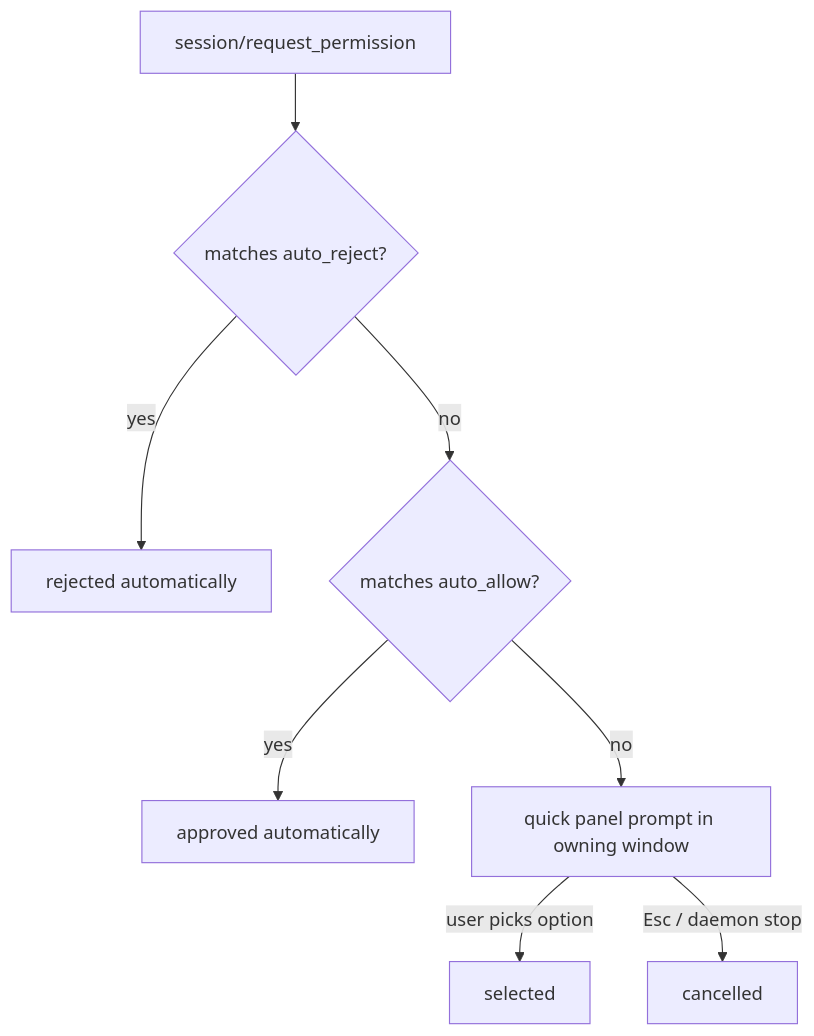
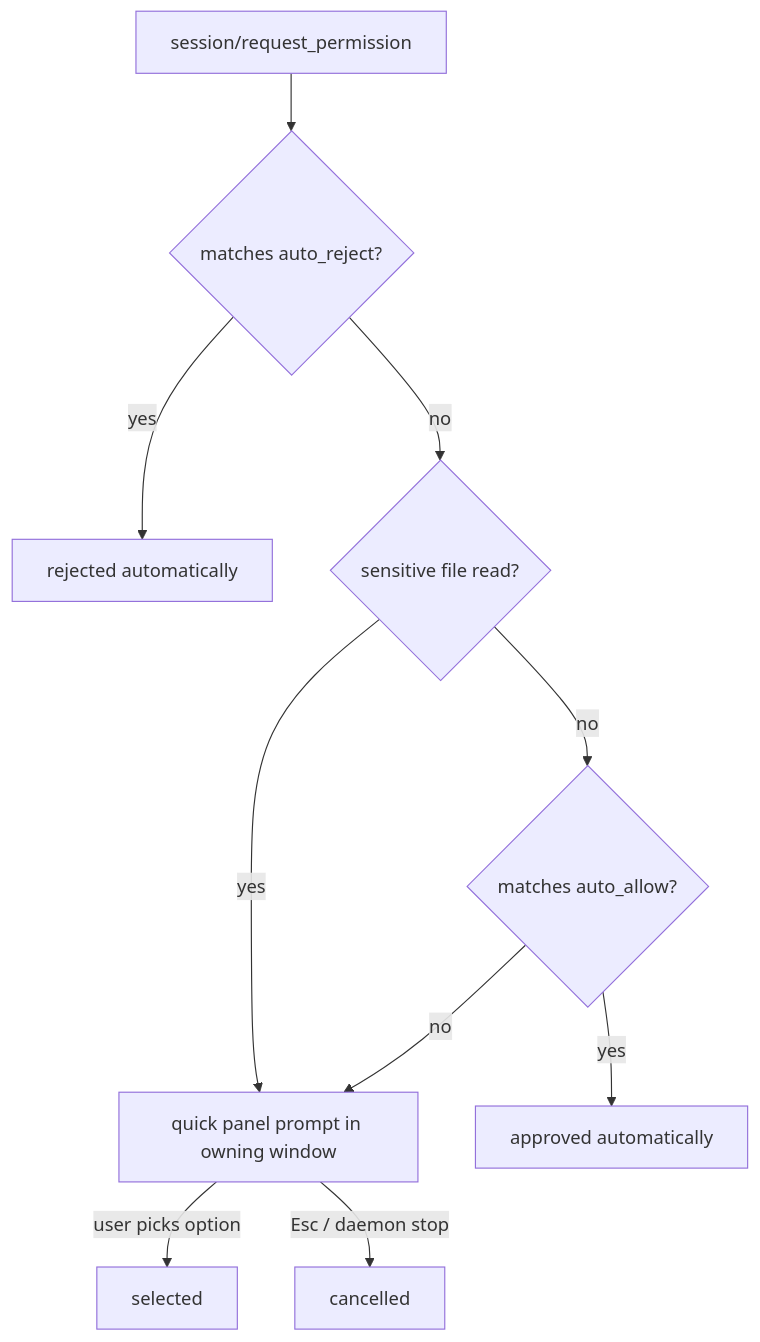
The diagram in docs/permissions.md (debjan/sublime-acp), drawn with Mermaid before and after one commit. The commit also changed other lines of this file and 8 other files, not shown here.

````diff
--- a/docs/permissions.md
+++ b/docs/permissions.md
@@ -15,10 +15,12 @@
 ```mermaid
 flowchart TD
     A[session/request_permission] --> B{matches auto_reject?}
     B -->|yes| C[rejected automatically]
-    B -->|no| D{matches auto_allow?}
+    B -->|no| S{sensitive file read?}
+    S -->|yes| F[quick panel prompt in owning window]
+    S -->|no| D{matches auto_allow?}
     D -->|yes| E[approved automatically]
     D -->|no| F[quick panel prompt in owning window]
     F -->|user picks option| G[selected]
     F -->|Esc / daemon stop| H[cancelled]
 ```
````
